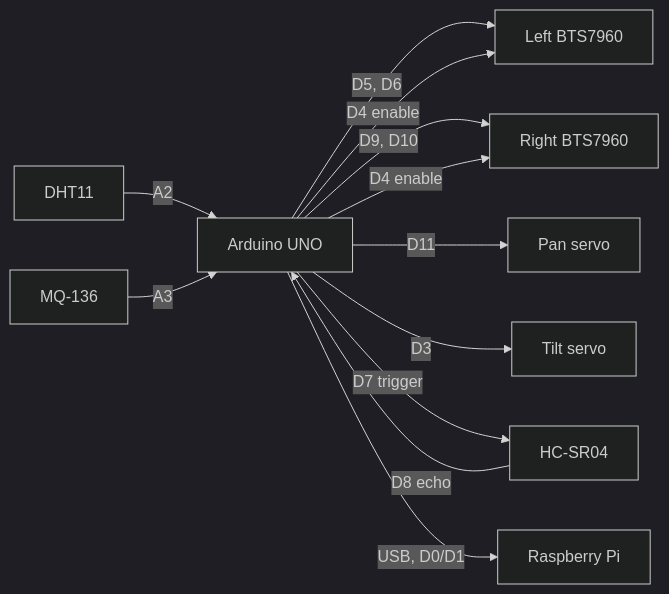
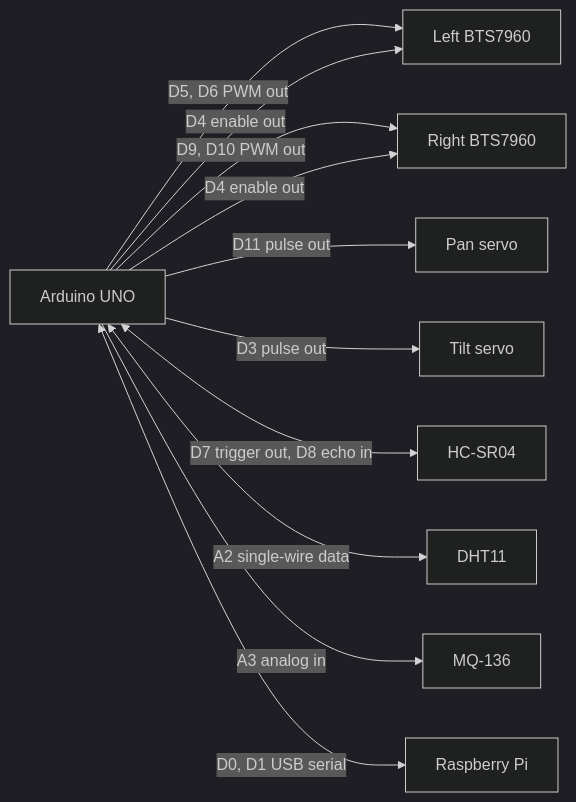
The fifth of 21 diagrams in research paper/section3_methodology.md (baiust999/robort-code-from-pi), drawn with Mermaid (dark theme) before and after one commit. The commit also changed other lines of this file, not shown here.

````diff
--- a/research paper/section3_methodology.md
+++ b/research paper/section3_methodology.md
@@ -224,15 +242,23 @@
 ```mermaid
 flowchart LR
   UNO["Arduino UNO"]
-  UNO -- "D5, D6" --> LD["Left BTS7960"]
-  UNO -- "D9, D10" --> RD["Right BTS7960"]
-  UNO -- "D4 enable" --> LD
-  UNO -- "D4 enable" --> RD
-  UNO -- "D11" --> PAN["Pan servo"]
-  UNO -- "D3" --> TILT["Tilt servo"]
-  UNO -- "D7 trigger" --> US["HC-SR04"]
-  US -- "D8 echo" --> UNO
-  DHT["DHT11"] -- "A2" --> UNO
-  MQ["MQ-136"] -- "A3" --> UNO
-  UNO -- "USB, D0/D1" --> PI["Raspberry Pi"]
+  LD["Left BTS7960"]
+  RD["Right BTS7960"]
+  PAN["Pan servo"]
+  TILT["Tilt servo"]
+  US["HC-SR04"]
+  DHT["DHT11"]
+  MQ["MQ-136"]
+  PI["Raspberry Pi"]
+
+  UNO -- "D5, D6 PWM out" --> LD
+  UNO -- "D9, D10 PWM out" --> RD
+  UNO -- "D4 enable out" --> LD
+  UNO -- "D4 enable out" --> RD
+  UNO -- "D11 pulse out" --> PAN
+  UNO -- "D3 pulse out" --> TILT
+  UNO <-- "D7 trigger out, D8 echo in" --> US
+  UNO <-- "A2 single-wire data" --> DHT
+  UNO -- "A3 analog in" --> MQ
+  UNO <-- "D0, D1 USB serial" --> PI
 ```
````
